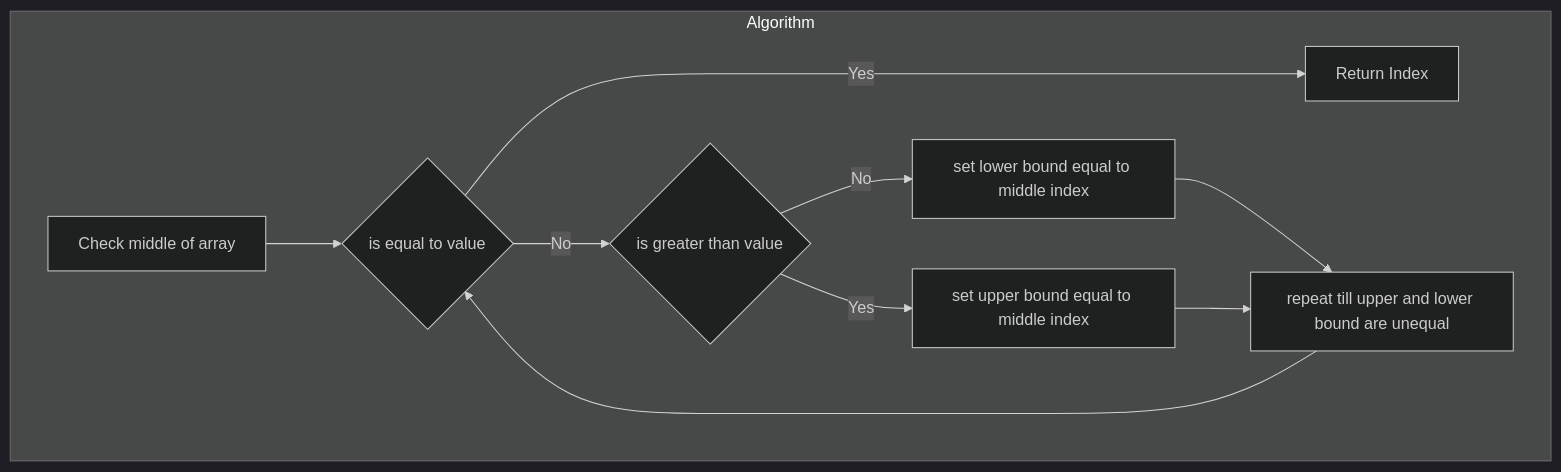
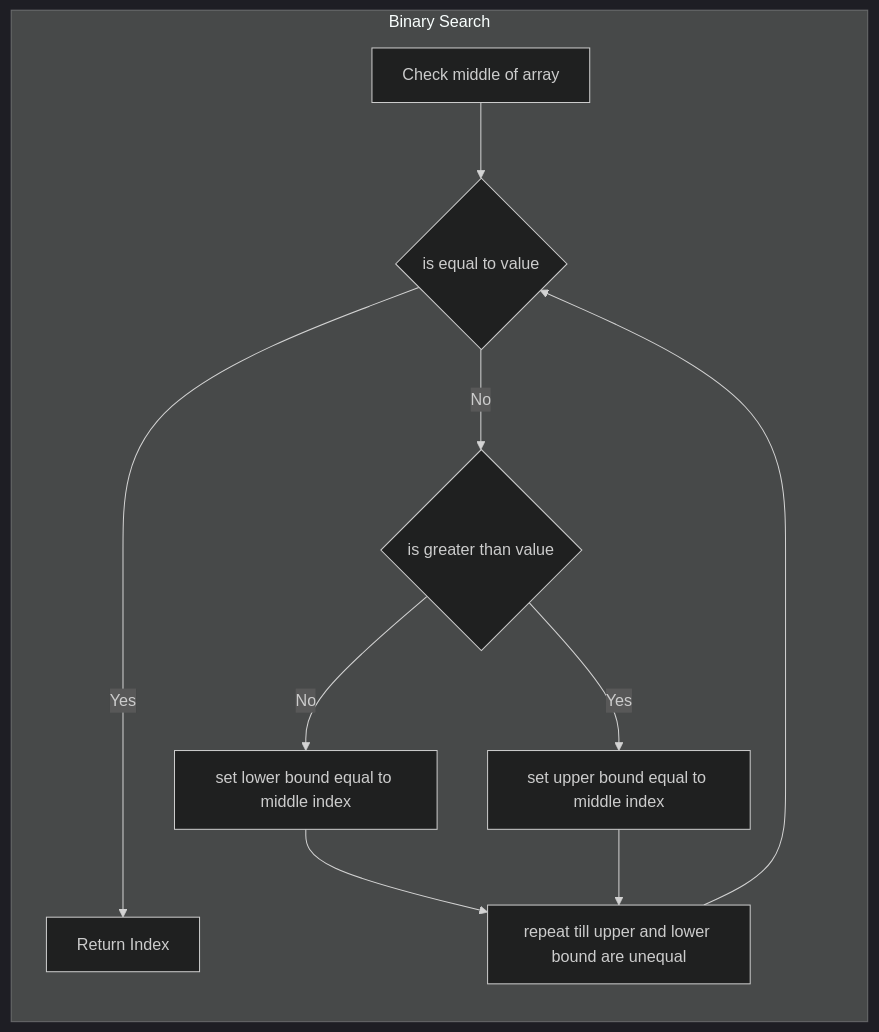
The diagram in Notes/Algorithms/SearchingAlgorithms.md (kurayami07734/Cpp-projects), drawn with Mermaid (dark theme) before and after one commit. The commit also changed other lines of this file and 7 other files, not shown here.

````diff
--- a/Notes/Algorithms/SearchingAlgorithms.md
+++ b/Notes/Algorithms/SearchingAlgorithms.md
@@ -26,13 +28,13 @@
 ```mermaid
-graph TD
-    subgraph "Algorithm"
+graph LR
+    subgraph "Binary Search"
     Step1[Check middle of array] --> Step2{is equal to value};
     Step2 -- Yes ----> Step4[Return Index];
     Step2 -- No --> Step5{is greater than value};
     Step5 -- Yes --> Step6[set upper bound equal to middle index];
     Step5 -- No --> Step7[set lower bound equal to middle index];
     Step7 --> Step8[repeat till upper and lower bound are unequal ];
     Step6 --> Step8;
     Step8 --> Step2;
 end
 ```
````
